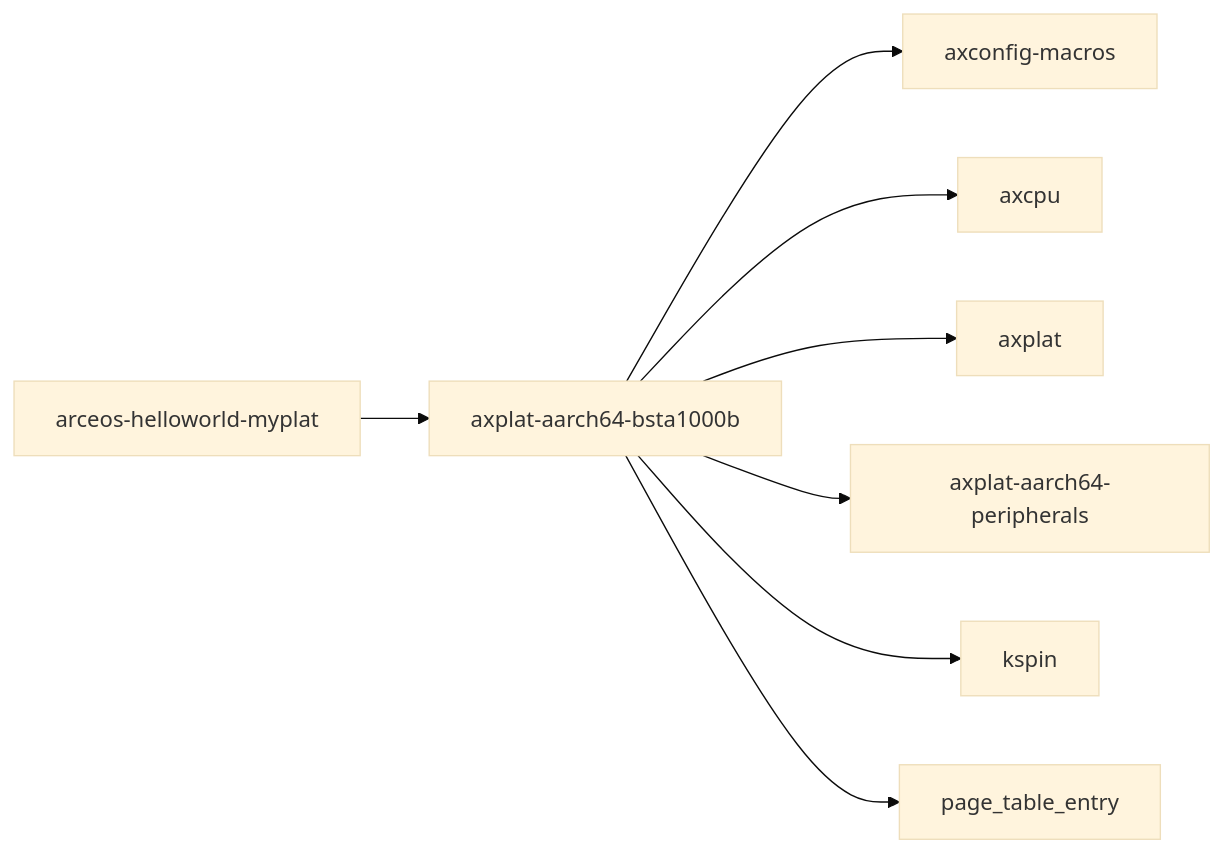
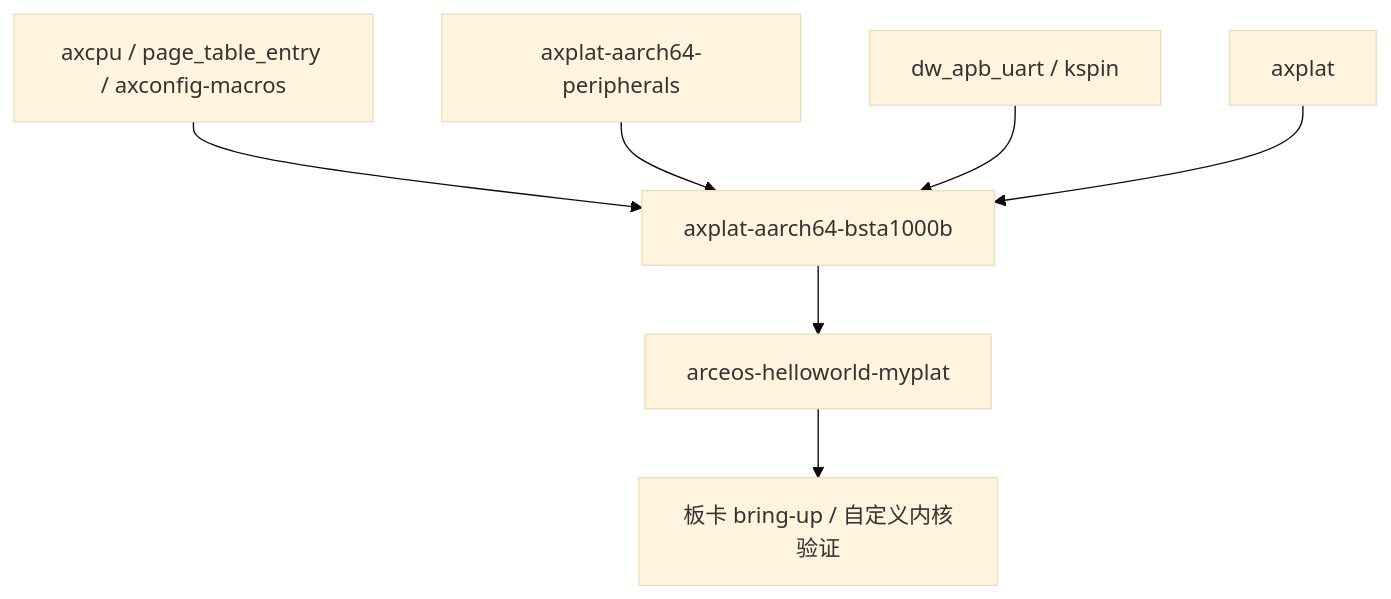
The second of 2 diagrams in docs/crates/axplat-aarch64-bsta1000b.md (rcore-os/tgoskits), drawn with Mermaid (base theme) before and after one commit. The commit also changed other lines of this file and 99 other files, not shown here.

````diff
--- a/docs/crates/axplat-aarch64-bsta1000b.md
+++ b/docs/crates/axplat-aarch64-bsta1000b.md
@@ -39,11 +161,9 @@
 ```mermaid
-graph LR
-    current["axplat-aarch64-bsta1000b"]
-    current --> axconfig_macros["axconfig-macros"]
-    current --> axcpu["axcpu"]
-    current --> axplat["axplat"]
-    current --> axplat_aarch64_peripherals["axplat-aarch64-peripherals"]
-    current --> kspin["kspin"]
-    current --> page_table_entry["page_table_entry"]
-    arceos_helloworld_myplat["arceos-helloworld-myplat"] --> current
+graph TD
+    A[axcpu / page_table_entry / axconfig-macros] --> B[axplat-aarch64-bsta1000b]
+    C[axplat-aarch64-peripherals] --> B
+    D[dw_apb_uart / kspin] --> B
+    E[axplat] --> B
+    B --> F[arceos-helloworld-myplat]
+    F --> G[板卡 bring-up / 自定义内核验证]
 ```
````
